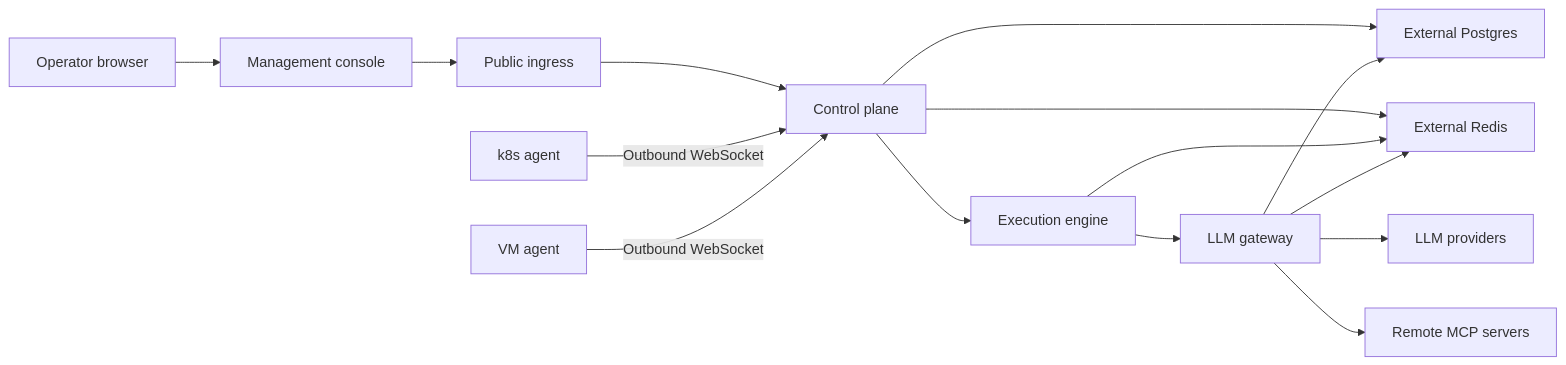
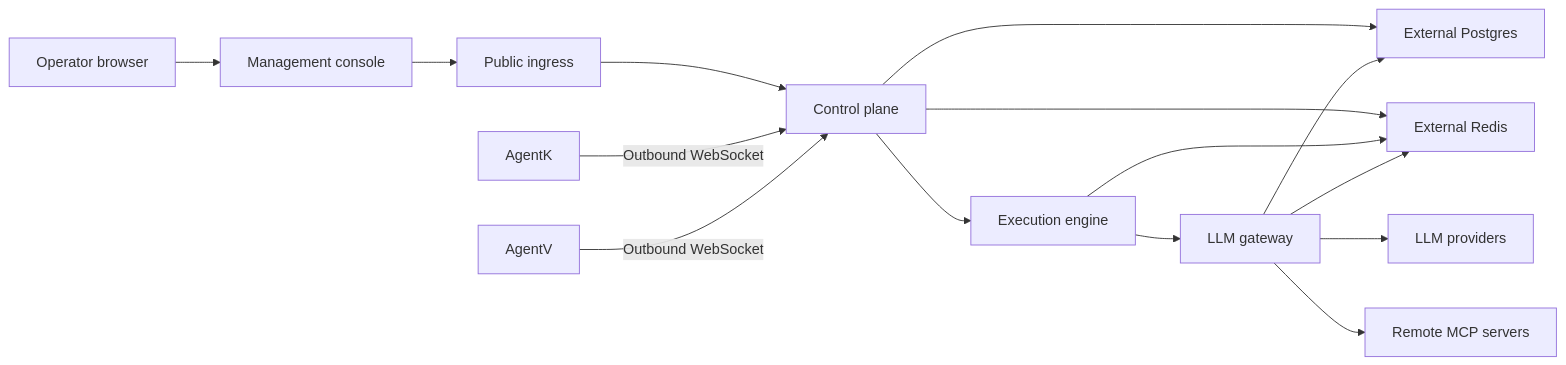
Before and after one commit to acornops/docs-website: the diagram in architecture.mdx, drawn with Mermaid. The commit also changed other lines of this file and 10 other files, not shown here.

````diff
--- a/architecture.mdx
+++ b/architecture.mdx
@@ -10,17 +10,17 @@
 ```mermaid
 flowchart LR
   User["Operator browser"] --> Console["Management console"]
   Console --> PublicIngress["Public ingress"]
   PublicIngress --> ControlPlane["Control plane"]
   ControlPlane --> Postgres["External Postgres"]
   ControlPlane --> Redis["External Redis"]
   ControlPlane --> ExecutionEngine["Execution engine"]
   ExecutionEngine --> Redis
   ExecutionEngine --> LLMGateway["LLM gateway"]
   LLMGateway --> Postgres
   LLMGateway --> Redis
-  WorkloadAgent["k8s agent"] -->|Outbound WebSocket| ControlPlane
-  VMAgent["VM agent"] -->|Outbound WebSocket| ControlPlane
+  WorkloadAgent["AgentK"] -->|Outbound WebSocket| ControlPlane
+  VMAgent["AgentV"] -->|Outbound WebSocket| ControlPlane
   LLMGateway --> Providers["LLM providers"]
   LLMGateway --> RemoteMcp["Remote MCP servers"]
 ```
````
